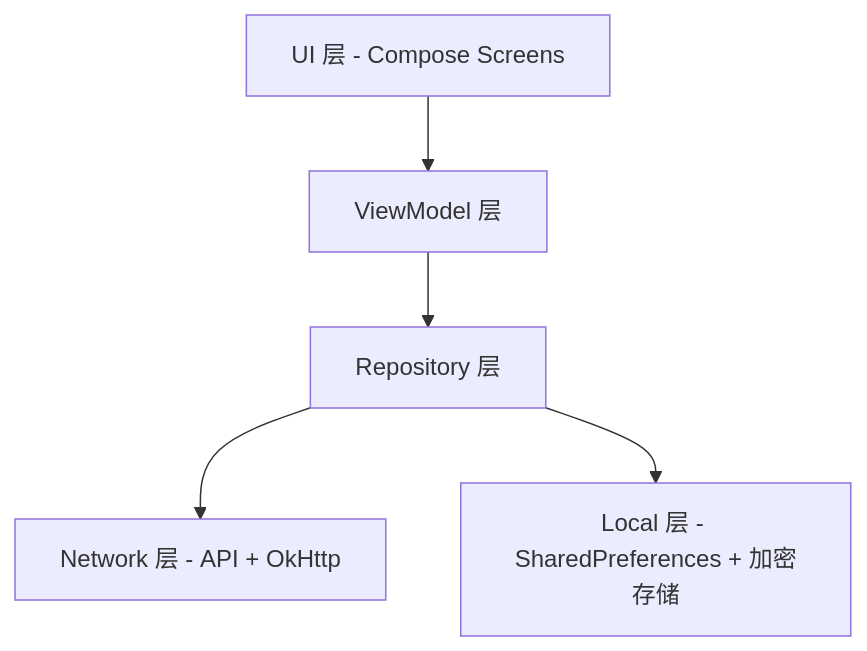
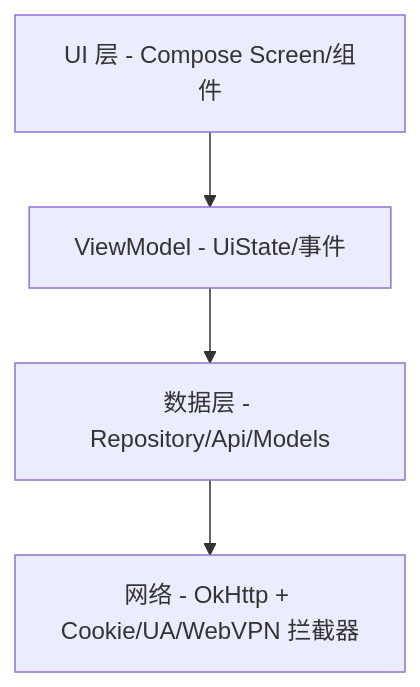
The diagram in README.md (pphh2606/ElectricityQuery), drawn with Mermaid before and after one commit. The commit also changed other lines of this file and 53 other files, not shown here.

````diff
--- a/README.md
+++ b/README.md
@@ -30,13 +54,10 @@
 ```mermaid
 graph TB
-    UI[UI 层 - Compose Screens]
-    VM[ViewModel 层]
-    REPO[Repository 层]
-    NET[Network 层 - API + OkHttp]
-    LOCAL[Local 层 - SharedPreferences + 加密存储]
-
+    UI[UI 层 - Compose Screen/组件]
+    VM[ViewModel - UiState/事件]
+    DATA[数据层 - Repository/Api/Models]
+    NET[网络 - OkHttp + Cookie/UA/WebVPN 拦截器]
     UI --> VM
-    VM --> REPO
-    REPO --> NET
-    REPO --> LOCAL
+    VM --> DATA
+    DATA --> NET
 ```
````
